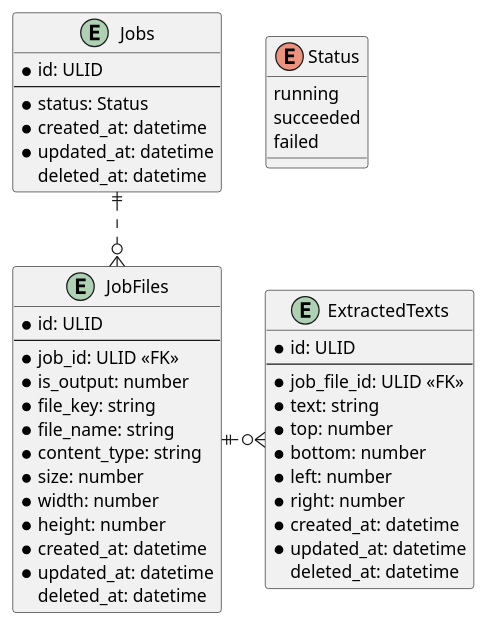
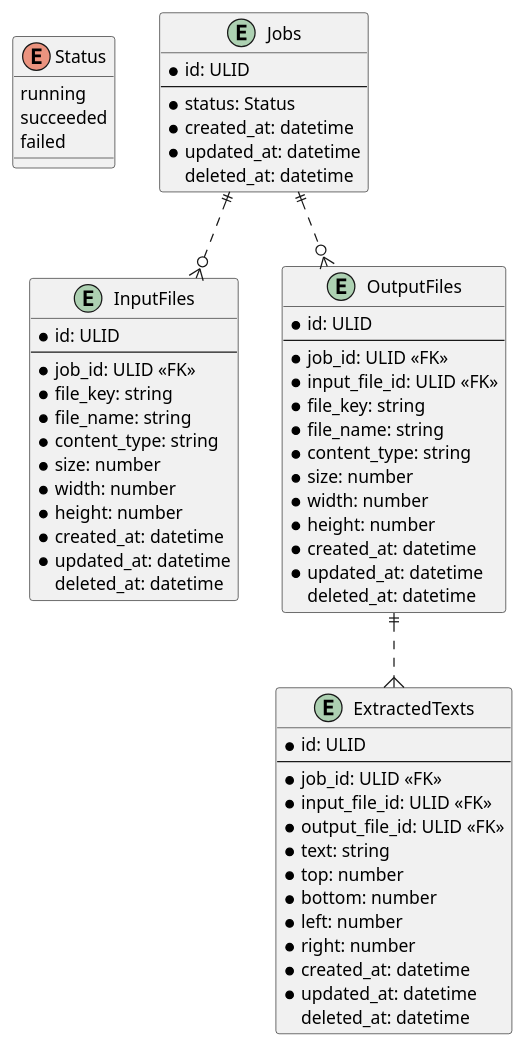
The diagram in backend/docs/db/tables.puml (ijufumi/google-vision-sample), drawn with PlantUML before and after one commit. The commit also changed 1 other file, not shown here.

```diff
--- a/backend/docs/db/tables.puml
+++ b/backend/docs/db/tables.puml
@@ -1,51 +1,69 @@
 @startuml
 
 enum Status {
   running
   succeeded
   failed
 }
 
 entity Jobs {
   * id: ULID
   --
   * status: Status
   * created_at: datetime
   * updated_at: datetime
     deleted_at: datetime
 }
 
-entity JobFiles {
+entity InputFiles {
   * id: ULID
   --
   * job_id: ULID <<FK>>
-  * is_output: number
+  * file_key: string
+  * file_name: string
+  * content_type: string
+  * size: number
+  * width: number
+  * height: number
+  * created_at: datetime
+  * updated_at: datetime
+    deleted_at: datetime
+}
+
+entity OutputFiles {
+  * id: ULID
+  --
+  * job_id: ULID <<FK>>
+  * input_file_id: ULID <<FK>>
   * file_key: string
   * file_name: string
   * content_type: string
   * size: number
   * width: number
   * height: number
   * created_at: datetime
   * updated_at: datetime
     deleted_at: datetime
 }
 
 entity ExtractedTexts {
   * id: ULID
   --
-  * job_file_id: ULID <<FK>>
+  * job_id: ULID <<FK>>
+  * input_file_id: ULID <<FK>>
+  * output_file_id: ULID <<FK>>
   * text: string
   * top: number
   * bottom: number
   * left: number
   * right: number
   * created_at: datetime
   * updated_at: datetime
     deleted_at: datetime
 }
 
-Jobs ||..o{ JobFiles
-JobFiles ||..ro{ ExtractedTexts
+Jobs ||..o{ InputFiles
+Jobs ||..o{ OutputFiles
+OutputFiles ||..do{ ExtractedTexts
 
 @enduml
```
